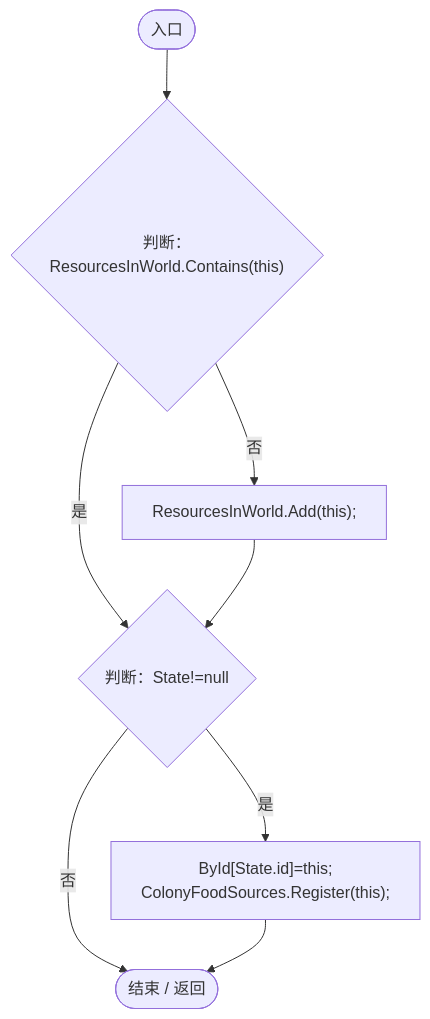
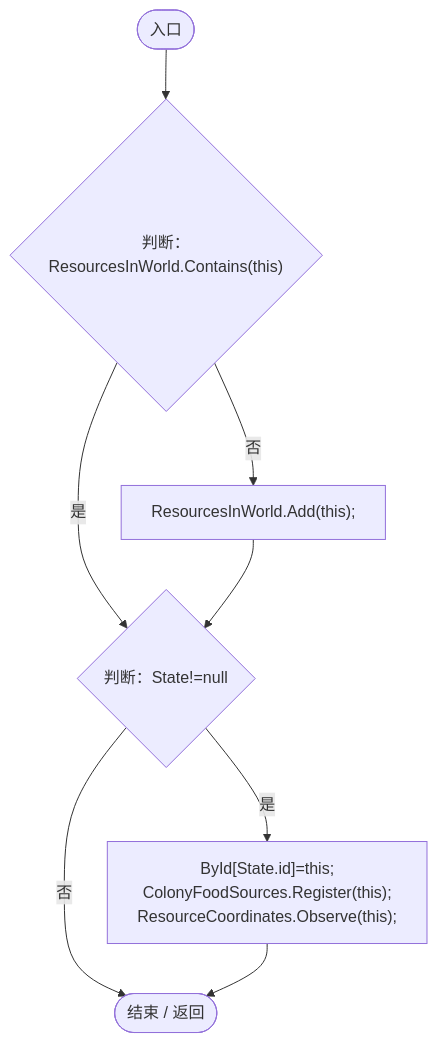
One commit to xhs6666/Darwin_paradise changed the seventh of 20 diagrams in Docs/运行流程图/脚本/293dbaecfff4b585.md. Above: the diagram before and after it, drawn with Mermaid. The commit also changed other lines of this file and 233 other files, not shown here.

````diff
--- a/Docs/运行流程图/脚本/293dbaecfff4b585.md
+++ b/Docs/运行流程图/脚本/293dbaecfff4b585.md
@@ -174,17 +174,17 @@
 ```mermaid
 flowchart TD
   b0(["入口"])
   b1{"判断：ResourcesInWorld.Contains(this)"}
   b2["ResourcesInWorld.Add(this);"]
   b3{"判断：State!=null"}
-  b4["ById[State.id]=this;<br/>ColonyFoodSources.Register(this);"]
+  b4["ById[State.id]=this;<br/>ColonyFoodSources.Register(this);<br/>ResourceCoordinates.Observe(this);"]
   b5(["结束 / 返回"])
   b0 --> b1
   b1 -->|"否"| b2
   b1 -->|"是"| b3
   b2 --> b3
   b3 -->|"是"| b4
   b3 -->|"否"| b5
   b4 --> b5
 
 ```
````
